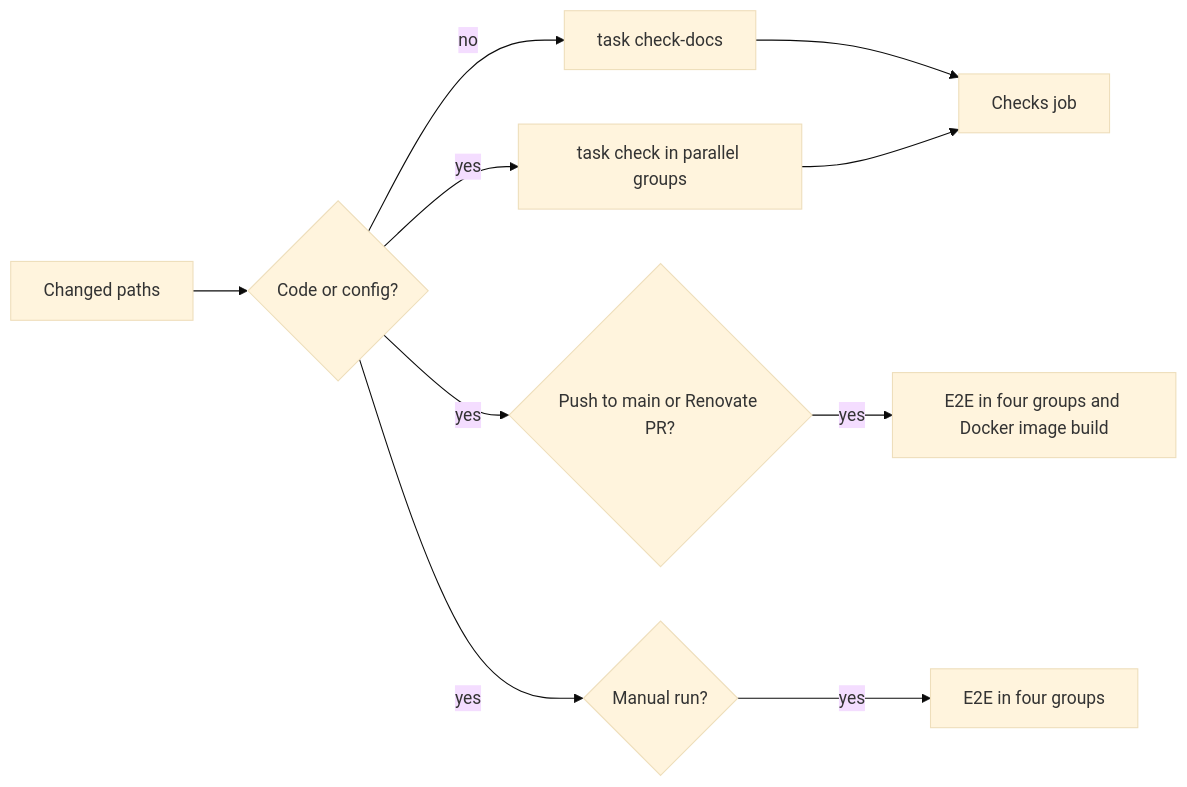
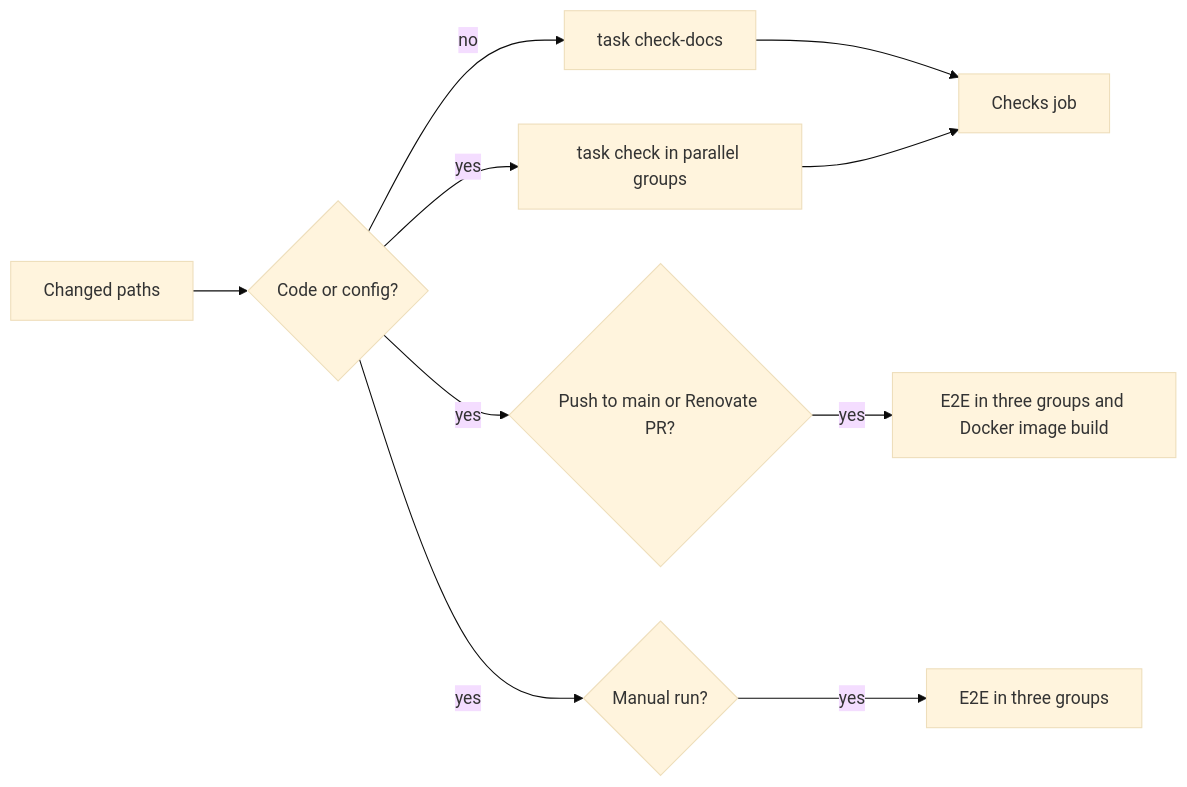
The diagram in docs/how-to/development.md (syudead/vv), drawn with Mermaid (base theme) before and after one commit. The commit also changed other lines of this file and 47 other files, not shown here.

````diff
--- a/docs/how-to/development.md
+++ b/docs/how-to/development.md
@@ -67,12 +67,12 @@
 ```mermaid
 flowchart LR
   change[Changed paths] --> code{Code or config?}
   code -->|no| docs[task check-docs]
   code -->|yes| groups[task check in parallel groups]
   docs --> checks[Checks job]
   groups --> checks
   code -->|yes| push{Push to main or Renovate PR?}
-  push -->|yes| more[E2E in four groups and Docker image build]
+  push -->|yes| more[E2E in three groups and Docker image build]
   code -->|yes| manual{Manual run?}
-  manual -->|yes| e2e[E2E in four groups]
+  manual -->|yes| e2e[E2E in three groups]
 ```
````
